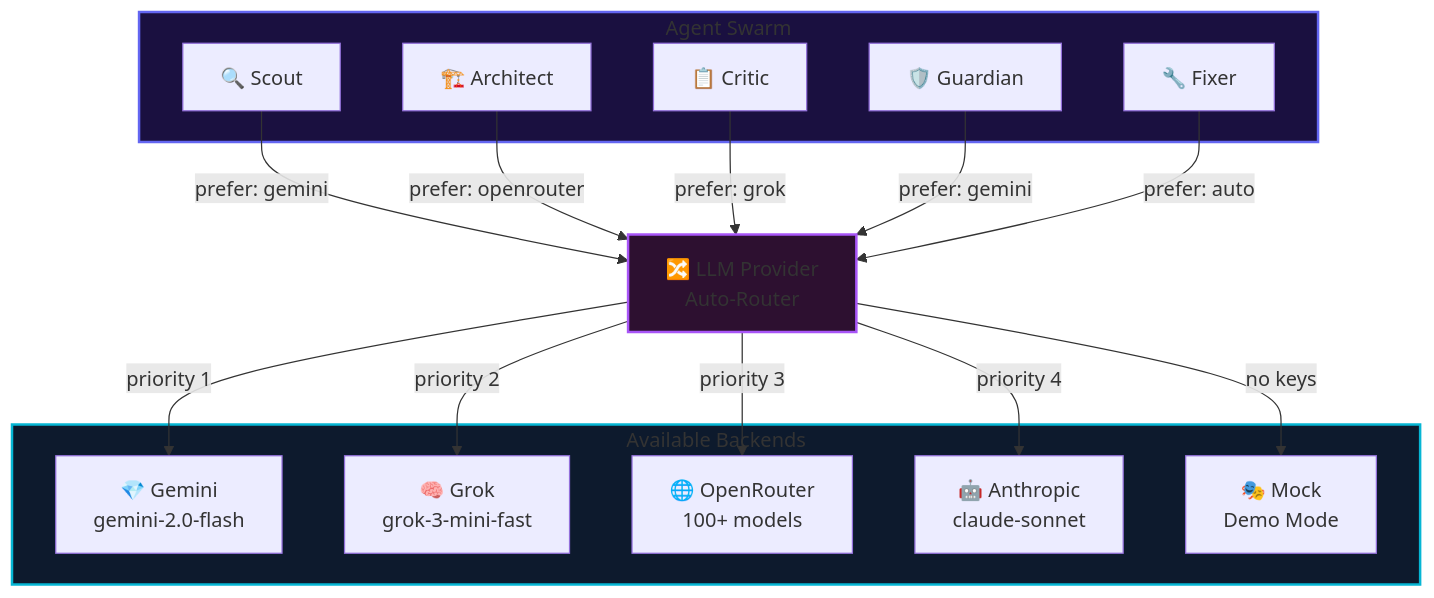
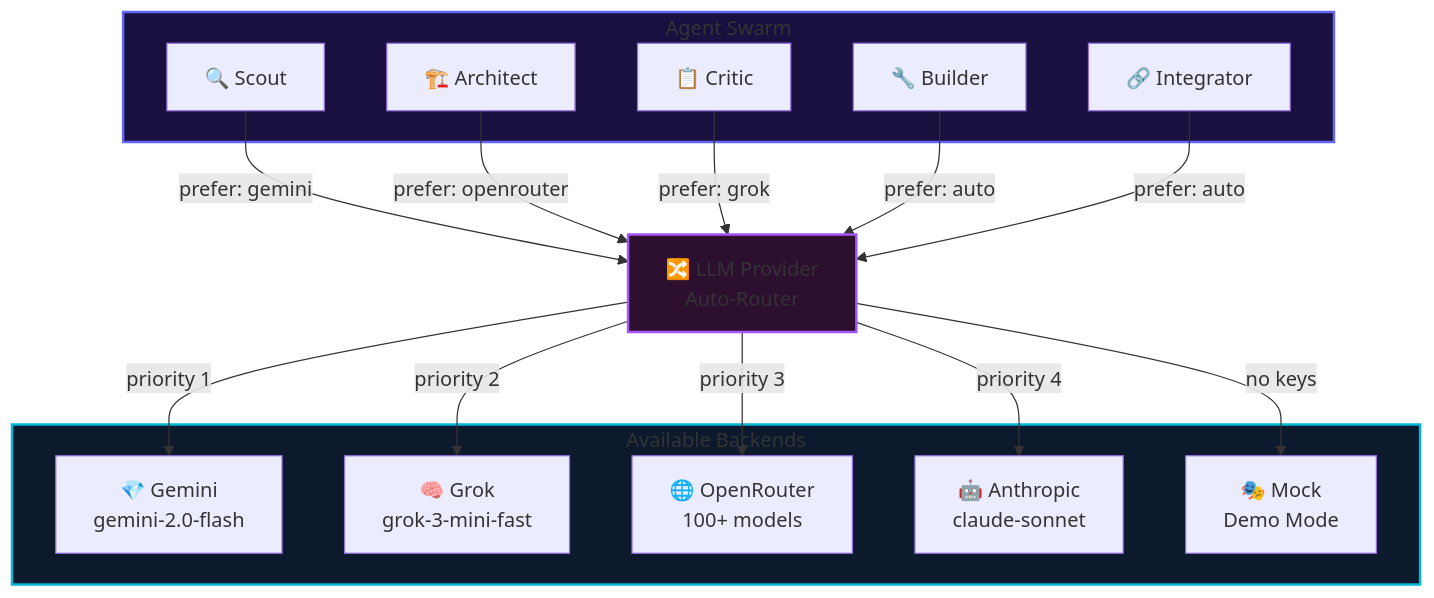
The third of 3 diagrams in README.md (namanhere23/DevMatrix), drawn with Mermaid before and after one commit. The commit also changed other lines of this file, not shown here.

````diff
--- a/README.md
+++ b/README.md
@@ -201,36 +170,36 @@
 ```mermaid
 graph TB
     subgraph Agents["Agent Swarm"]
         Scout["🔍 Scout"]
         Architect["🏗️ Architect"]
         Critic["📋 Critic"]
-        Guardian["🛡️ Guardian"]
-        Fixer["🔧 Fixer"]
+        Builder["🔧 Builder"]
+        Integrator["🔗 Integrator"]
     end
-
+ 
     Provider["🔀 LLM Provider<br/>Auto-Router"]
-
+ 
     Scout -->|"prefer: gemini"| Provider
     Architect -->|"prefer: openrouter"| Provider
     Critic -->|"prefer: grok"| Provider
-    Guardian -->|"prefer: gemini"| Provider
-    Fixer -->|"prefer: auto"| Provider
-
+    Builder -->|"prefer: auto"| Provider
+    Integrator -->|"prefer: auto"| Provider
+ 
     subgraph Backends["Available Backends"]
         G["💎 Gemini<br/>gemini-2.0-flash"]
         K["🧠 Grok<br/>grok-3-mini-fast"]
         O["🌐 OpenRouter<br/>100+ models"]
         A["🤖 Anthropic<br/>claude-sonnet"]
         M["🎭 Mock<br/>Demo Mode"]
     end
-
+ 
     Provider -->|"priority 1"| G
     Provider -->|"priority 2"| K
     Provider -->|"priority 3"| O
     Provider -->|"priority 4"| A
     Provider -->|"no keys"| M
-
+ 
     style Agents fill:#1a1040,stroke:#6366f1,stroke-width:2px
     style Backends fill:#0d1a2d,stroke:#06b6d4,stroke-width:2px
     style Provider fill:#2d1030,stroke:#a855f7,stroke-width:2px
 ```
````
